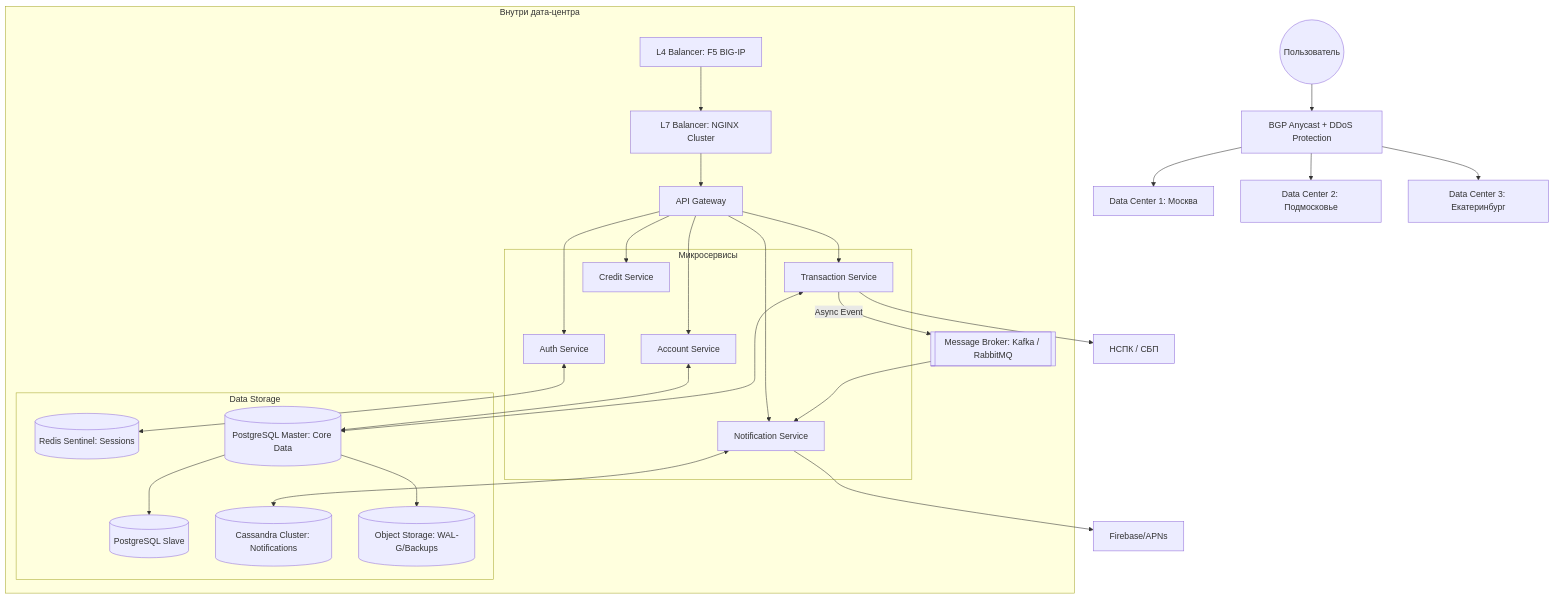
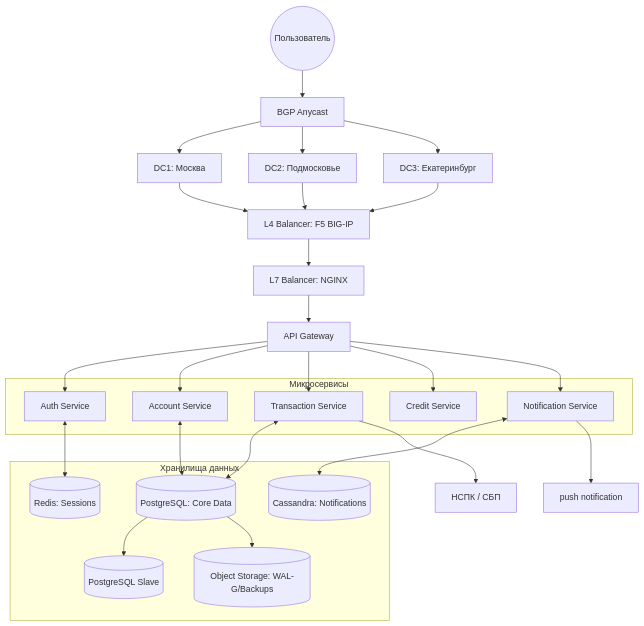
Before and after one commit to Xyzdat/alpha_highload: the diagram in README.md, drawn with Mermaid.

````diff
--- a/README.md
+++ b/README.md
@@ -374,43 +374,42 @@
 ```mermaid
 graph TD
-    User((Пользователь)) --> Anycast[BGP Anycast + DDoS Protection]
-    Anycast --> DC1[Data Center 1: Москва]
-    Anycast --> DC2[Data Center 2: Подмосковье]
-    Anycast --> DC3[Data Center 3: Екатеринбург]
+    %% Глобальный уровень
+    User((Пользователь)) --> Anycast[BGP Anycast]
+    Anycast --> DC1[DC1: Москва]
+    Anycast --> DC2[DC2: Подмосковье]
+    Anycast --> DC3[DC3: Екатеринбург]
 
-    subgraph "Внутри дата-центра"
-        L4[L4 Balancer: F5 BIG-IP] --> L7[L7 Balancer: NGINX Cluster]
-        L7 --> Gateway[API Gateway]
+    %% Связь внешнего уровня с внутренним
+    DC1 & DC2 & DC3 --> L4
 
-        subgraph "Микросервисы"
-            AuthS[Auth Service]
-            AccountS[Account Service]
-            TransS[Transaction Service]
-            CreditS[Credit Service]
-            NotifS[Notification Service]
-        end
+    L4[L4 Balancer: F5 BIG-IP] --> L7[L7 Balancer: NGINX]
+    L7 --> Gateway[API Gateway]
 
-        Broker[[Message Broker: Kafka / RabbitMQ]]
-
-        subgraph "Data Storage"
-            Redis[(Redis Sentinel: Sessions)]
-            PostgresMaster[(PostgreSQL Master: Core Data)]
-            PostgresSlave[(PostgreSQL Slave)]
-            Cassandra[(Cassandra Cluster: Notifications)]
-            S3[(Object Storage: WAL-G/Backups)]
-        end
+    subgraph "Микросервисы"
+        AuthS[Auth Service]
+        AccountS[Account Service]
+        TransS[Transaction Service]
+        CreditS[Credit Service]
+        NotifS[Notification Service]
     end
 
+
+    subgraph "Хранилища данных"
+        Redis[(Redis: Sessions)]
+        PostgresMaster[(PostgreSQL: Core Data)]
+        PostgresSlave[(PostgreSQL Slave)]
+        Cassandra[(Cassandra: Notifications)]
+        S3[(Object Storage: WAL-G/Backups)]
+    end
+  %% Потоки данных
     Gateway --> AuthS & AccountS & TransS & CreditS & NotifS
     AuthS <--> Redis
     AccountS <--> PostgresMaster
     TransS <--> PostgresMaster
-    TransS -- "Async Event" --> Broker
-    Broker --> NotifS
     NotifS <--> Cassandra
     PostgresMaster --> PostgresSlave
     PostgresMaster --> S3
-
-    NotifS --> Push[Firebase/APNs]
+ %% Внешние интеграции
+    NotifS --> Push[push notification]
     TransS --> SBP[НСПК / СБП]
 ```
````
